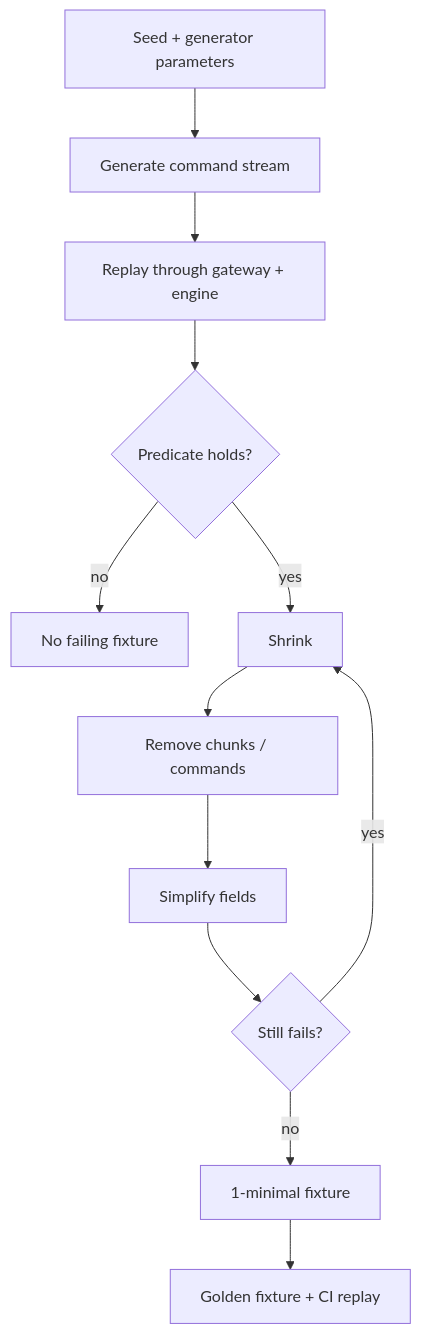
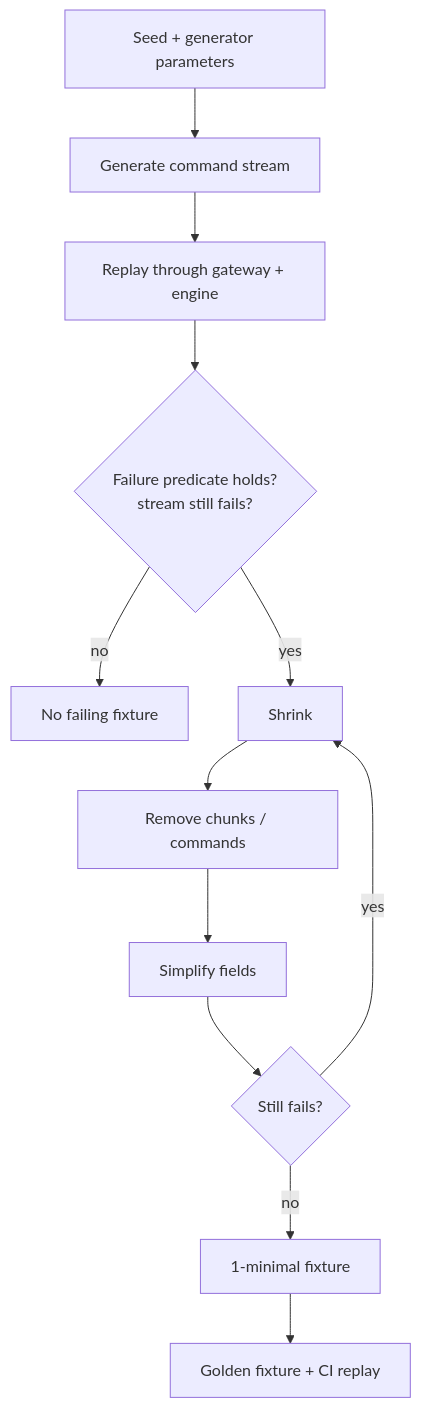
Before and after one commit to div0rce/quant-systems-lab: the diagram in docs/property_testing.md, drawn with Mermaid.

Commit message:
docs: label the shrink lifecycle diamond as the failure predicate

````diff
--- a/docs/property_testing.md
+++ b/docs/property_testing.md
@@ -7,14 +7,14 @@
 ```mermaid
 flowchart TD
     params[Seed + generator parameters] --> generate[Generate command stream]
     generate --> execute[Replay through gateway + engine]
-    execute --> predicate{Predicate holds?}
+    execute --> predicate{Failure predicate holds? <br/> stream still fails?}
     predicate -->|no| keep[No failing fixture]
     predicate -->|yes| shrink[Shrink]
     shrink --> remove[Remove chunks / commands]
     remove --> simplify[Simplify fields]
     simplify --> check{Still fails?}
     check -->|yes| shrink
     check -->|no| minimal[1-minimal fixture]
     minimal --> golden[Golden fixture + CI replay]
 ```
````
